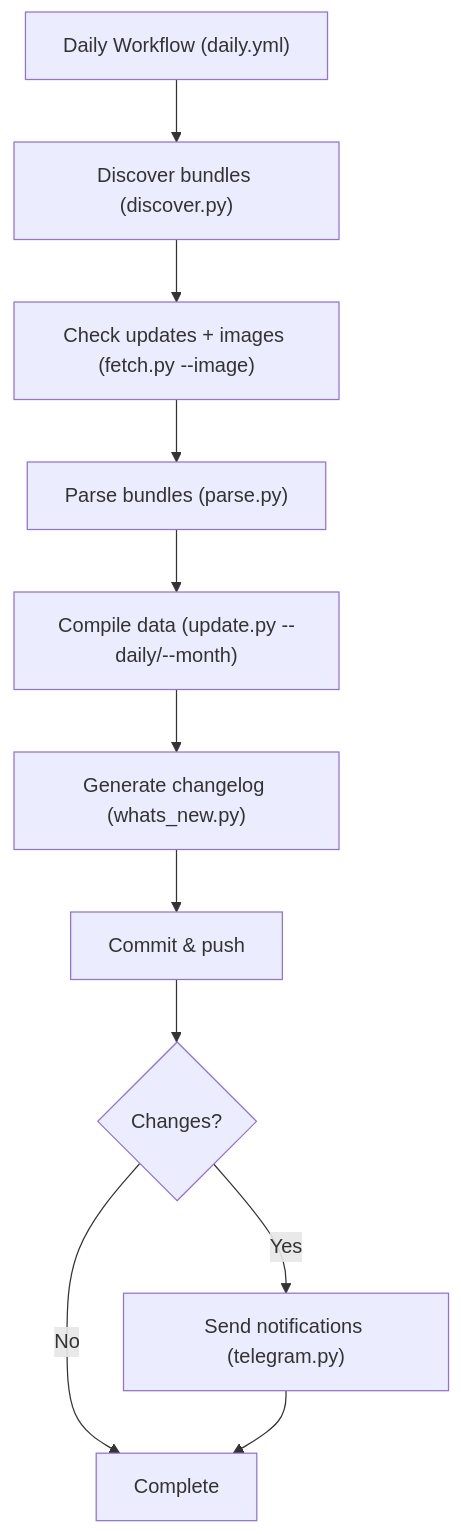
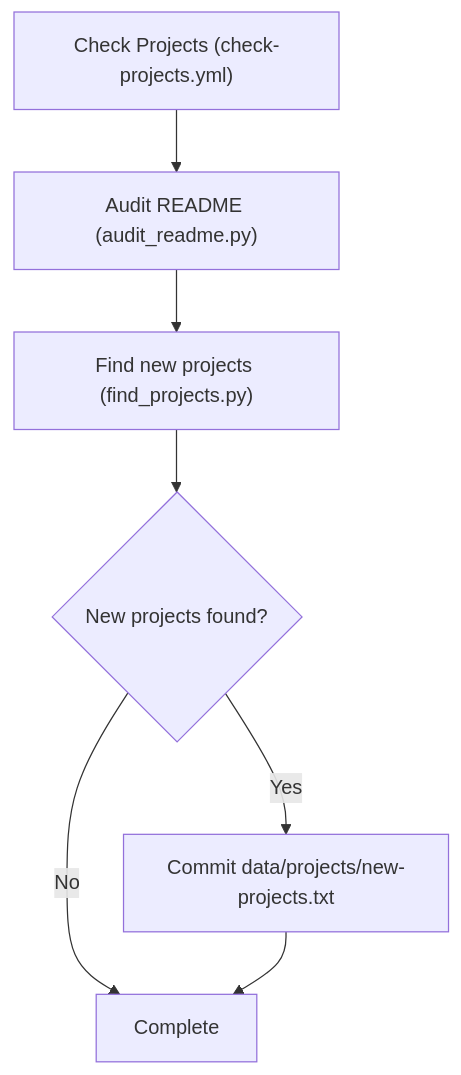
One commit to nvbangg/awesome-for-morphe changed the second of 2 diagrams in CONTRIBUTING.md. Above: the diagram before and after it, drawn with Mermaid. The commit also changed other lines of this file and 3 other files, not shown here.

````diff
--- a/CONTRIBUTING.md
+++ b/CONTRIBUTING.md
@@ -50,14 +67,10 @@
 ```mermaid
 flowchart TD
-    J["Daily Workflow (daily.yml)"] --> K["Discover bundles (discover.py)"]
-    K --> L["Check updates + images (fetch.py --image)"]
-    L --> M["Parse bundles (parse.py)"]
-    M --> N["Compile data (update.py --daily/--month)"]
-    N --> O["Generate changelog (whats_new.py)"]
-    O --> P[Commit & push]
-    P --> Q{Changes?}
+    A["Check Projects (check-projects.yml)"] --> B["Audit README (audit_readme.py)"]
+    B --> C["Find new projects (find_projects.py)"]
+    C --> D{New projects found?}
 
-    Q -->|Yes| R["Send notifications (telegram.py)"]
-    Q -->|No| S[Complete]
-    R --> S
+    D -->|Yes| E["Commit data/projects/new-projects.txt"]
+    D -->|No| F[Complete]
+    E --> F
 ```
````
